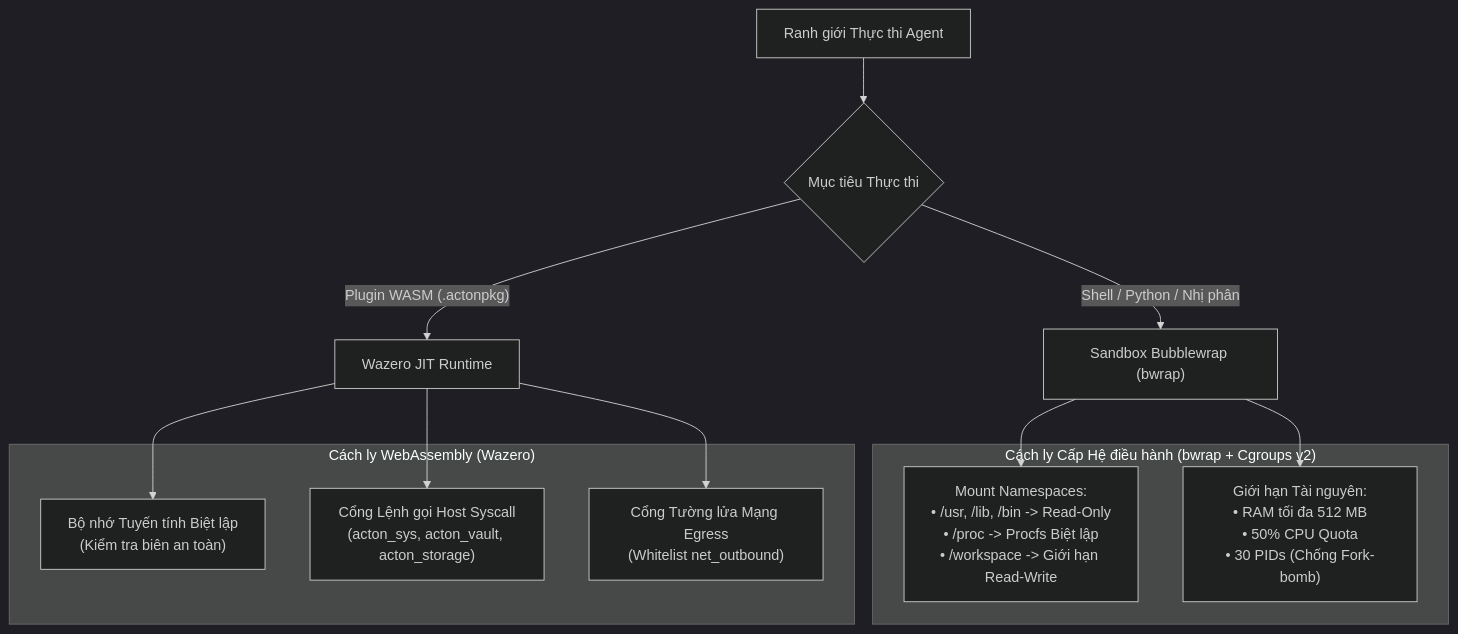
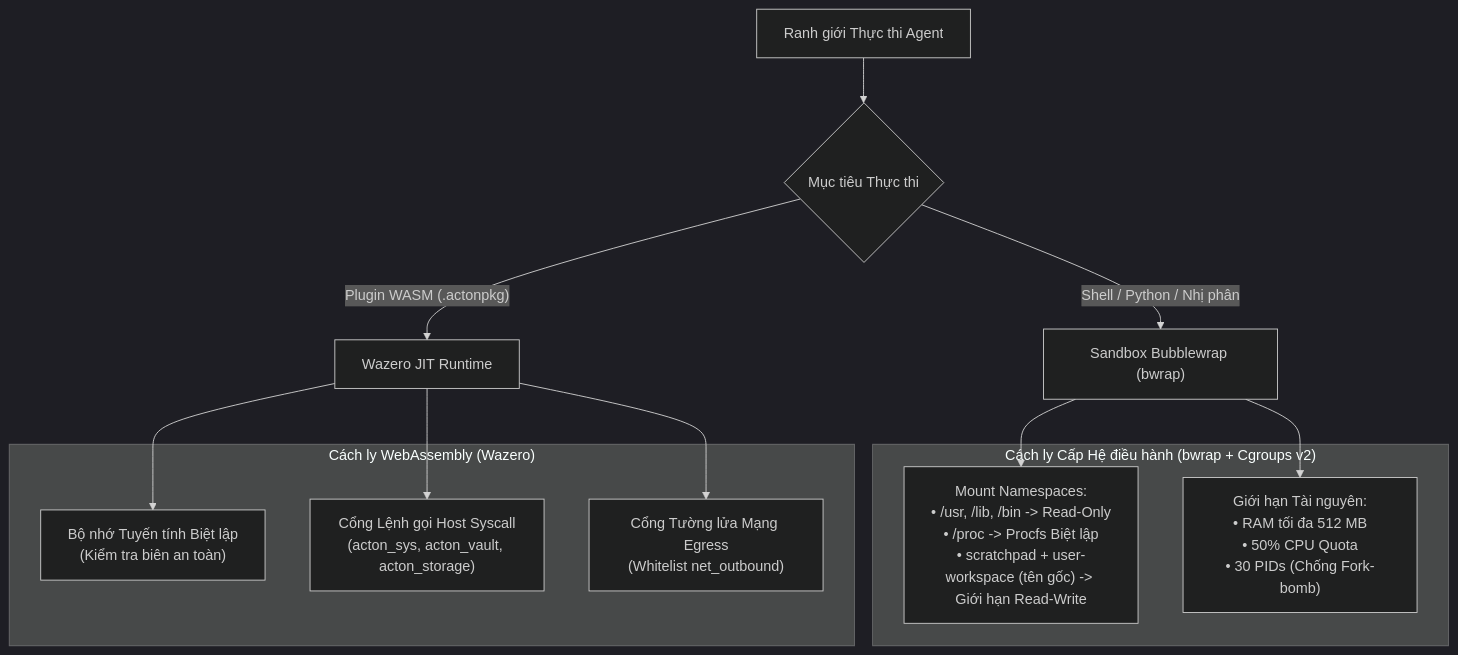
One commit to actonos/docs changed the diagram in i18n/vi/docusaurus-plugin-content-docs/current/advanced-architecture/sandbox-isolation.mdx. Above: the diagram before and after it, drawn with Mermaid (dark theme). The commit also changed other lines of this file and 47 other files, not shown here.

````diff
--- a/i18n/vi/docusaurus-plugin-content-docs/current/advanced-architecture/sandbox-isolation.mdx
+++ b/i18n/vi/docusaurus-plugin-content-docs/current/advanced-architecture/sandbox-isolation.mdx
@@ -12,24 +12,24 @@
 ```mermaid
 graph TD
     A["Ranh giới Thực thi Agent"] --> B{"Mục tiêu Thực thi"}
     
     B -- "Shell / Python / Nhị phân" --> C["Sandbox Bubblewrap (bwrap)"]
     B -- "Plugin WASM (.actonpkg)" --> W["Wazero JIT Runtime"]
     
     subgraph "Cách ly Cấp Hệ điều hành (bwrap + Cgroups v2)"
-        D["Mount Namespaces:<br/>• /usr, /lib, /bin -> Read-Only<br/>• /proc -> Procfs Biệt lập<br/>• /workspace -> Giới hạn Read-Write"]
+        D["Mount Namespaces:<br/>• /usr, /lib, /bin -> Read-Only<br/>• /proc -> Procfs Biệt lập<br/>• scratchpad + user-workspace (tên gốc) -> Giới hạn Read-Write"]
         G["Giới hạn Tài nguyên:<br/>• RAM tối đa 512 MB<br/>• 50% CPU Quota<br/>• 30 PIDs (Chống Fork-bomb)"]
     end
     
     subgraph "Cách ly WebAssembly (Wazero)"
         W1["Bộ nhớ Tuyến tính Biệt lập<br/>(Kiểm tra biên an toàn)"]
         W2["Cổng Lệnh gọi Host Syscall<br/>(acton_sys, acton_vault, acton_storage)"]
         W3["Cổng Tường lửa Mạng Egress<br/>(Whitelist net_outbound)"]
     end
     
     C --> D
     C --> G
     W --> W1
     W --> W2
     W --> W3
 ```
````
